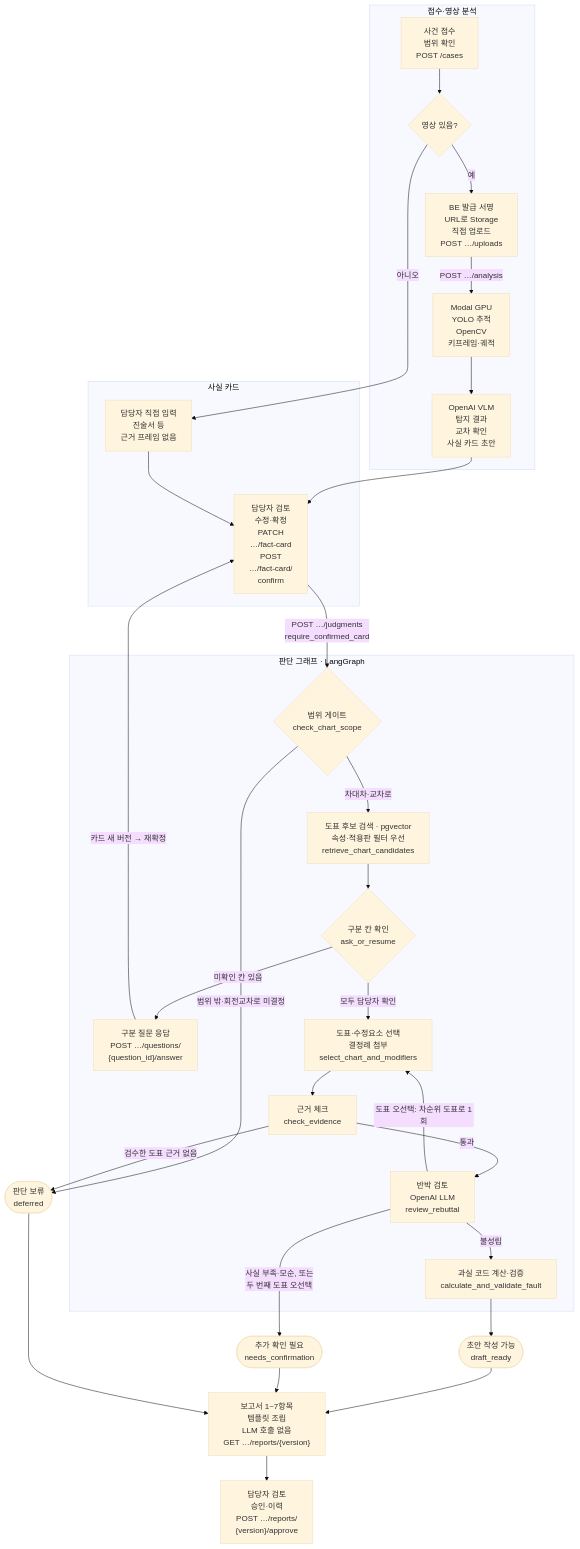
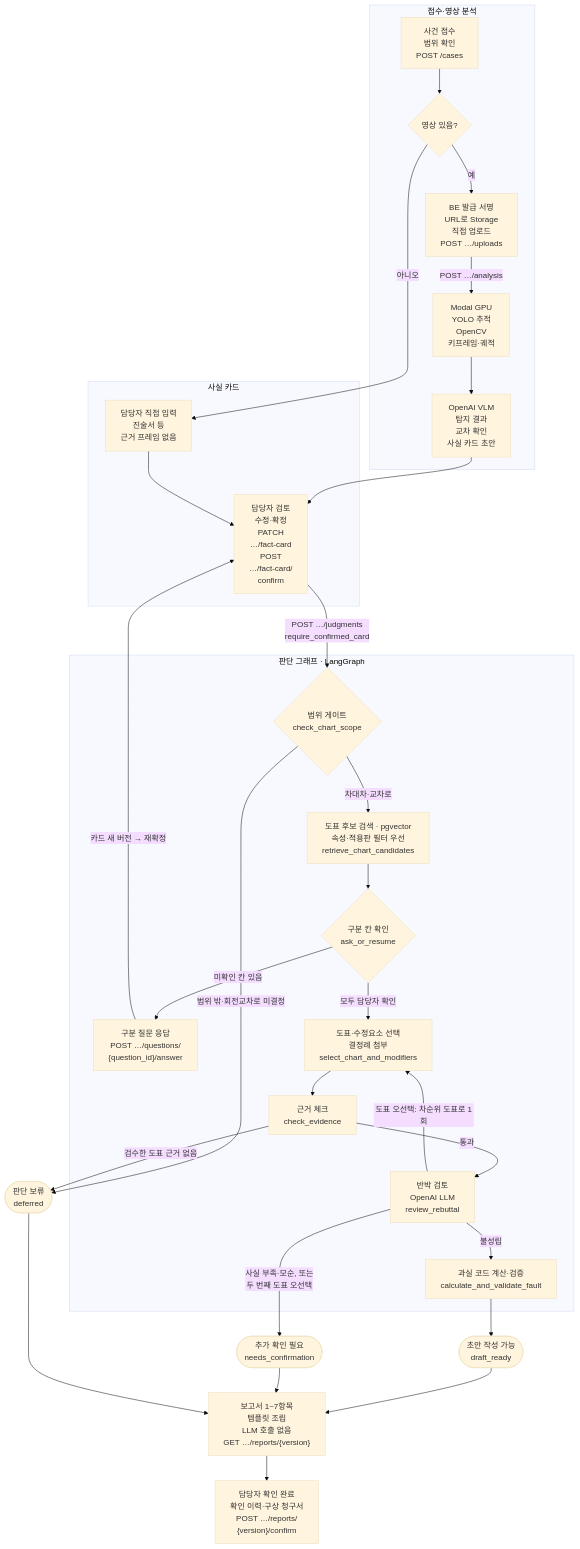
One commit to Ok-Muncheol/ok-muncheol-be changed the diagram in README.md. Above: the diagram before and after it, drawn with Mermaid (base theme). The commit also changed other lines of this file and 4 other files, not shown here.

````diff
--- a/README.md
+++ b/README.md
@@ -61,50 +61,50 @@
 ```mermaid
 flowchart TD
     subgraph INTAKE["접수·영상 분석"]
         A["사건 접수<br/>범위 확인<br/>POST /cases"] --> B{영상 있음?}
         B -->|예| C["BE 발급 서명<br/>URL로 Storage<br/>직접 업로드<br/>POST …/uploads"]
         C -->|"POST …/analysis"| D["Modal GPU<br/>YOLO 추적<br/>OpenCV<br/>키프레임·궤적"]
         D --> E["OpenAI VLM<br/>탐지 결과<br/>교차 확인<br/>사실 카드 초안"]
     end
 
     subgraph CARD["사실 카드"]
         F["담당자 직접 입력<br/>진술서 등<br/>근거 프레임 없음"]
         G["담당자 검토<br/>수정·확정<br/>PATCH<br/>…/fact-card<br/>POST<br/>…/fact-card/<br/>confirm"]
     end
 
     B -->|아니오| F
     E --> G
     F --> G
 
     subgraph JUDGE["판단 그래프 · LangGraph"]
         H{"범위 게이트<br/>check_chart_scope"}
         I["도표 후보 검색 · pgvector<br/>속성·적용판 필터 우선<br/>retrieve_chart_candidates"]
         J{"구분 칸 확인<br/>ask_or_resume"}
         K["구분 질문 응답<br/>POST …/questions/<br/>{question_id}/answer"]
         L["도표·수정요소 선택<br/>결정례 첨부<br/>select_chart_and_modifiers"]
         M["근거 체크<br/>check_evidence"]
         N["반박 검토<br/>OpenAI LLM<br/>review_rebuttal"]
         O["과실 코드 계산·검증<br/>calculate_and_validate_fault"]
         H -->|차대차·교차로| I --> J
         J -->|미확인 칸 있음| K
         J -->|모두 담당자 확인| L --> M
         M -->|통과| N
         N -->|불성립| O
         N -->|"도표 오선택: 차순위 도표로 1회"| L
     end
 
     G -->|"POST …/judgments<br/>require_confirmed_card"| H
     K -->|"카드 새 버전 → 재확정"| G
 
     R1(["초안 작성 가능<br/>draft_ready"])
     R2(["추가 확인 필요<br/>needs_confirmation"])
     R3(["판단 보류<br/>deferred"])
 
     H -->|"범위 밖·회전교차로 미결정"| R3
     M -->|"검수한 도표 근거 없음"| R3
     N -->|"사실 부족·모순, 또는<br/>두 번째 도표 오선택"| R2
     O --> R1
 
     R1 & R2 & R3 --> S["보고서 1~7항목<br/>템플릿 조립<br/>LLM 호출 없음<br/>GET …/reports/{version}"]
-    S --> T["담당자 검토<br/>승인·이력<br/>POST …/reports/<br/>{version}/approve"]
+    S --> T["담당자 확인 완료<br/>확인 이력·구상 청구서<br/>POST …/reports/<br/>{version}/confirm"]
 ```
````
